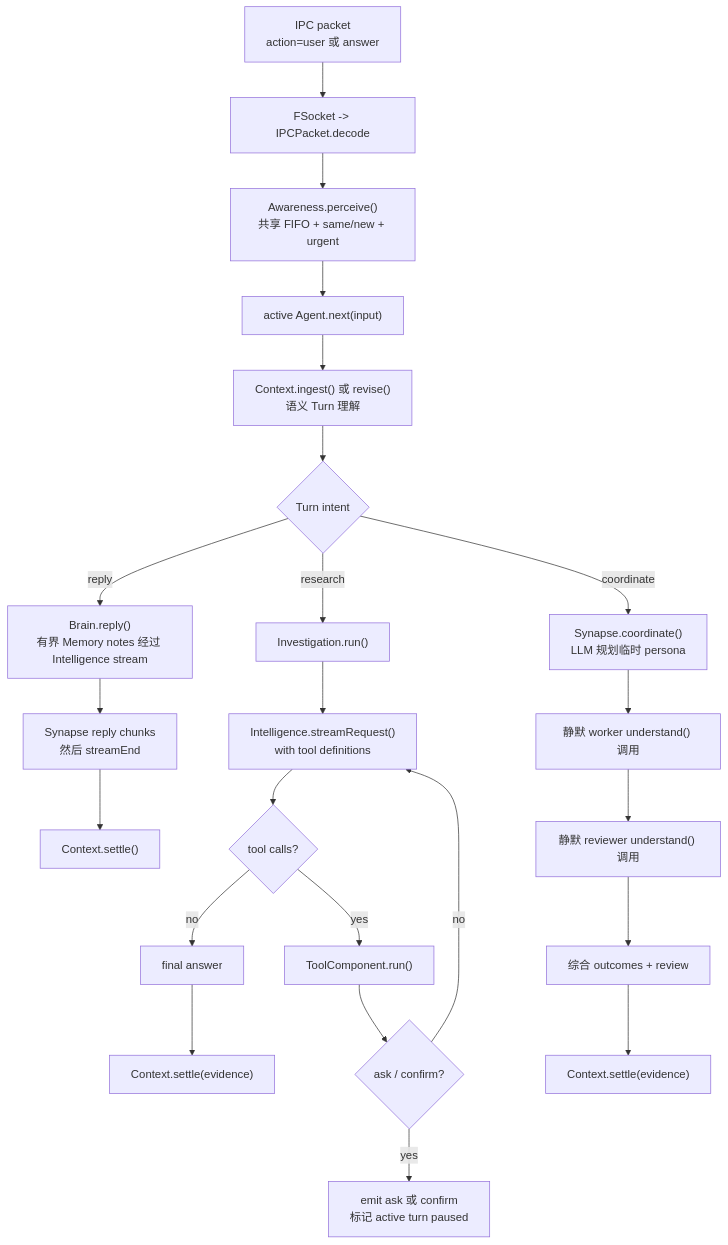
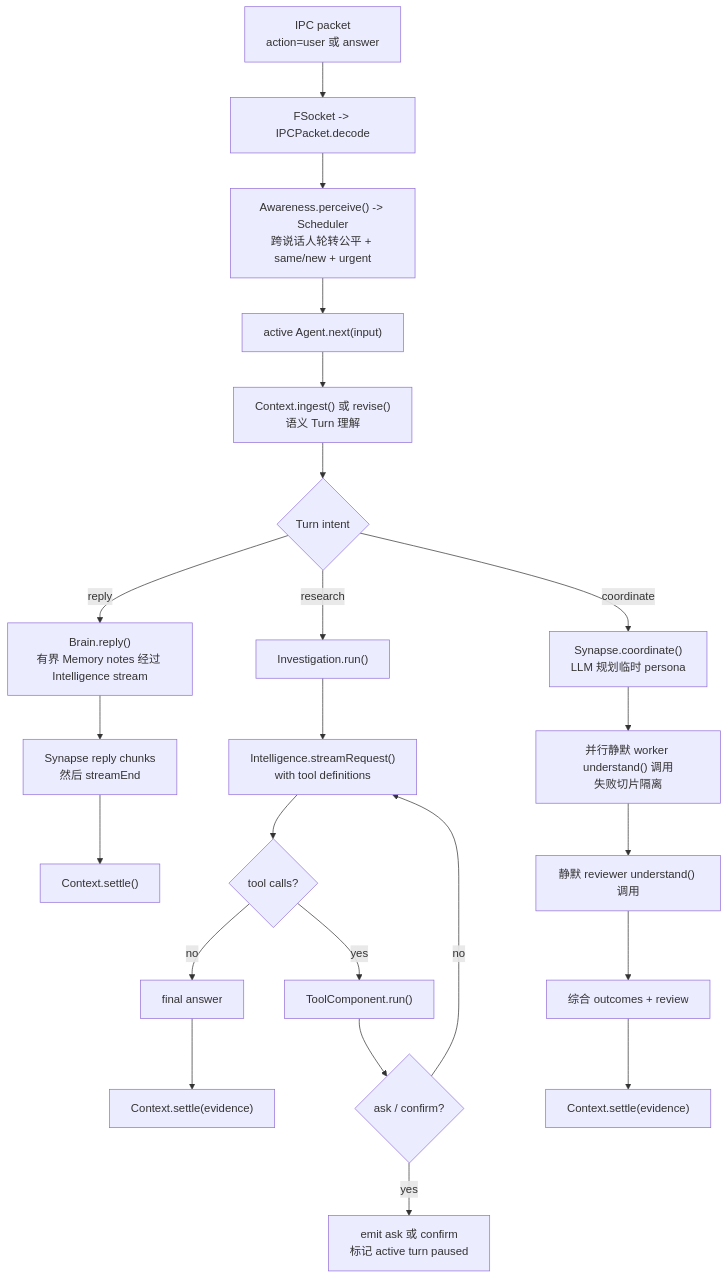
One commit to flyflor/flyflor changed the third of 3 diagrams in README.zh.cn.md. Above: the diagram before and after it, drawn with Mermaid. The commit also changed other lines of this file and 34 other files, not shown here.

First line of the commit message:
refactor: unified intent routing, central-executive scheduler, parallel coordinate, session master context

````diff
--- a/README.zh.cn.md
+++ b/README.zh.cn.md
@@ -75,28 +76,28 @@
 ```mermaid
 flowchart TD
     User["IPC packet<br/>action=user 或 answer"] --> Decode["FSocket -> IPCPacket.decode"]
-    Decode --> Gate["Awareness.perceive()<br/>共享 FIFO + same/new + urgent"]
+    Decode --> Gate["Awareness.perceive() -> Scheduler<br/>跨说话人轮转公平 + same/new + urgent"]
     Gate --> AgentNext["active Agent.next(input)"]
     AgentNext --> Ingest["Context.ingest() 或 revise()<br/>语义 Turn 理解"]
 
     Ingest --> Choice{"Turn intent"}
     Choice -- reply --> Reply["Brain.reply()<br/>有界 Memory notes 经过 Intelligence stream"]
     Reply --> ReplyOut["Synapse reply chunks<br/>然后 streamEnd"]
     ReplyOut --> Settle1["Context.settle()"]
 
     Choice -- research --> Research["Investigation.run()"]
     Research --> LlmTools["Intelligence.streamRequest()<br/>with tool definitions"]
     LlmTools --> HasAction{"tool calls?"}
     HasAction -- no --> FinalAnswer["final answer"]
     HasAction -- yes --> RunTool["ToolComponent.run()"]
     RunTool --> Pause{"ask / confirm?"}
     Pause -- yes --> UserPause["emit ask 或 confirm<br/>标记 active turn paused"]
     Pause -- no --> LlmTools
     FinalAnswer --> Settle2["Context.settle(evidence)"]
 
     Choice -- coordinate --> Coordinate["Synapse.coordinate()<br/>LLM 规划临时 persona"]
-    Coordinate --> Workers["静默 worker understand() 调用"]
+    Coordinate --> Workers["并行静默 worker understand() 调用<br/>失败切片隔离"]
     Workers --> Review["静默 reviewer understand() 调用"]
     Review --> Synthesis["综合 outcomes + review"]
     Synthesis --> Settle4["Context.settle(evidence)"]
 ```
````
